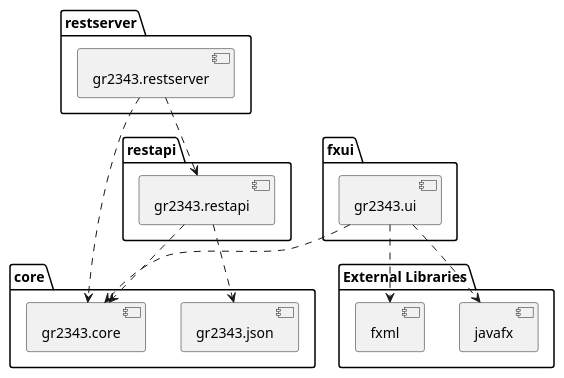
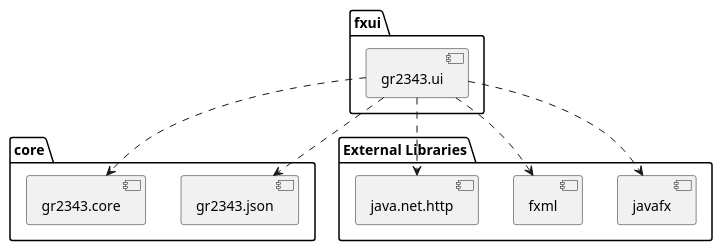
Before and after one commit to annafarestrand/informatikk_prosjektarbeid: the diagram in docs/diagrams/package_diagram.puml, drawn with PlantUML.

Commit message:
Updated package diagram.

```diff
--- a/docs/diagrams/package_diagram.puml
+++ b/docs/diagrams/package_diagram.puml
@@ -1,33 +1,24 @@
 @startuml package_diagram
 
 package core {
     [gr2343.json] 
     [gr2343.core] 
 }
 
 package fxui {
     [gr2343.ui] 
 }
 
-package restserver {
-    [gr2343.restserver] 
-}
-
-package restapi {
-    [gr2343.restapi] 
-}
-
 package "External Libraries" {
     [javafx]
     [fxml]
+    [java.net.http]
 }
 
 [gr2343.ui] ..> [javafx]
 [gr2343.ui] ..> [fxml]
-[gr2343.restserver] ..> [gr2343.restapi]
 [gr2343.ui] ..> [gr2343.core]
-[gr2343.restserver] ..> [gr2343.core]
-[gr2343.restapi] ..> [gr2343.core]
-[gr2343.restapi] ..> [gr2343.json]
+[gr2343.ui] ..> [gr2343.json]
+[gr2343.ui] ..> [java.net.http]
 
 @enduml
```
